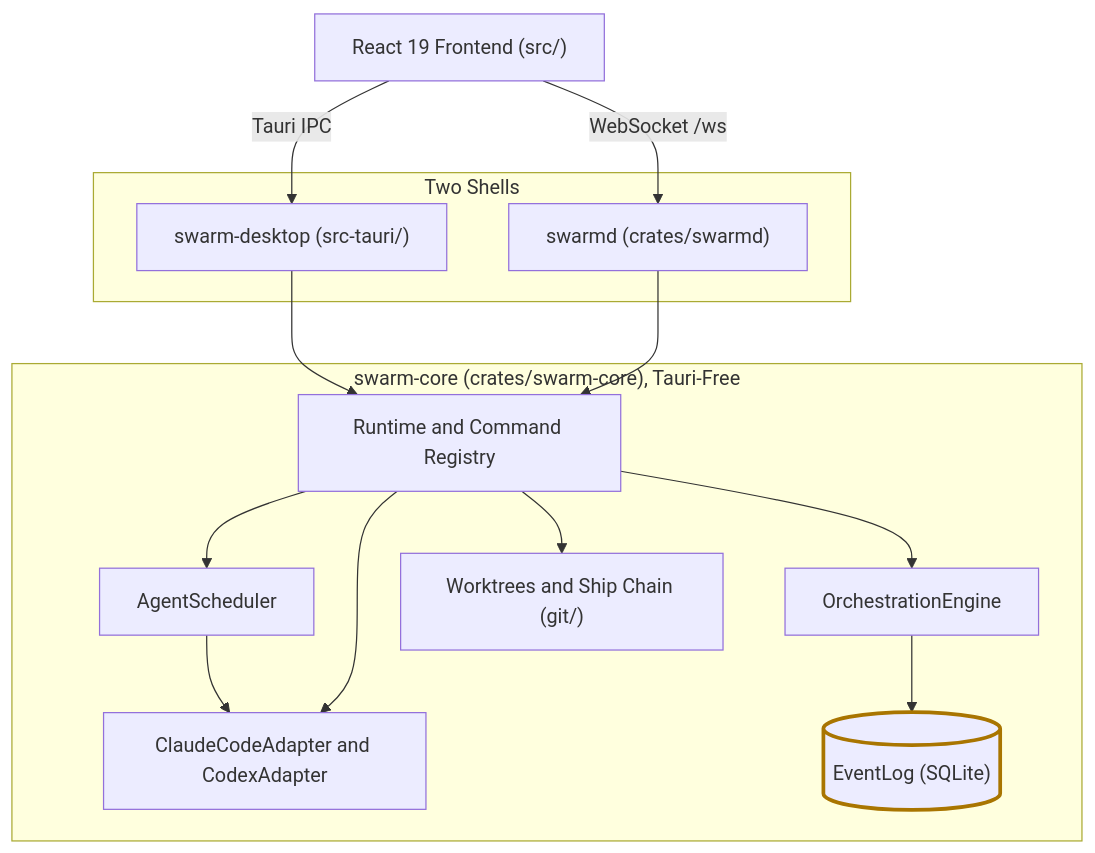
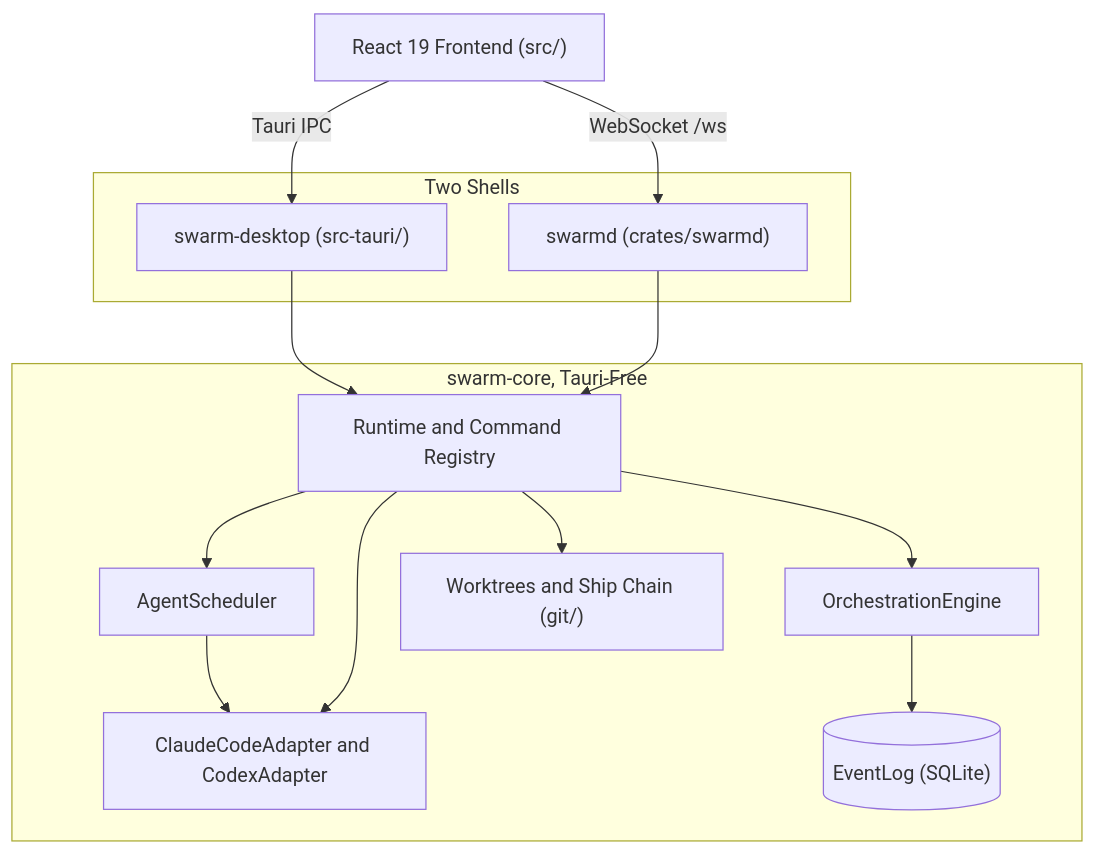
One commit to ABCrimson/Swarm changed the diagram in README.md. Above: the diagram before and after it, drawn with Mermaid. The commit also changed other lines of this file and 4 other files, not shown here.

First line of the commit message:
docs(readme): tighten claims and fix the grid, icons and diagram

````diff
--- a/README.md
+++ b/README.md
@@ -88,28 +82,26 @@
 ```mermaid
 flowchart TB
     FE["React 19 Frontend (src/)"]
     subgraph shells["Two Shells"]
         DESK["swarm-desktop (src-tauri/)"]
         DAEMON["swarmd (crates/swarmd)"]
     end
-    subgraph core["swarm-core (crates/swarm-core), Tauri-Free"]
+    subgraph core["swarm-core, Tauri-Free"]
         RT["Runtime and Command Registry"]
         SCHED["AgentScheduler"]
         PROV["ClaudeCodeAdapter and CodexAdapter"]
         ENG["OrchestrationEngine"]
         LOG[("EventLog (SQLite)")]
         GIT["Worktrees and Ship Chain (git/)"]
     end
     FE -->|"Tauri IPC"| DESK
     FE -->|"WebSocket /ws"| DAEMON
     DESK --> RT
     DAEMON --> RT
     RT --> SCHED
     SCHED --> PROV
     RT --> PROV
     RT --> ENG
     ENG --> LOG
     RT --> GIT
-    classDef log stroke:#a97500,stroke-width:3px
-    class LOG log
 ```
````
